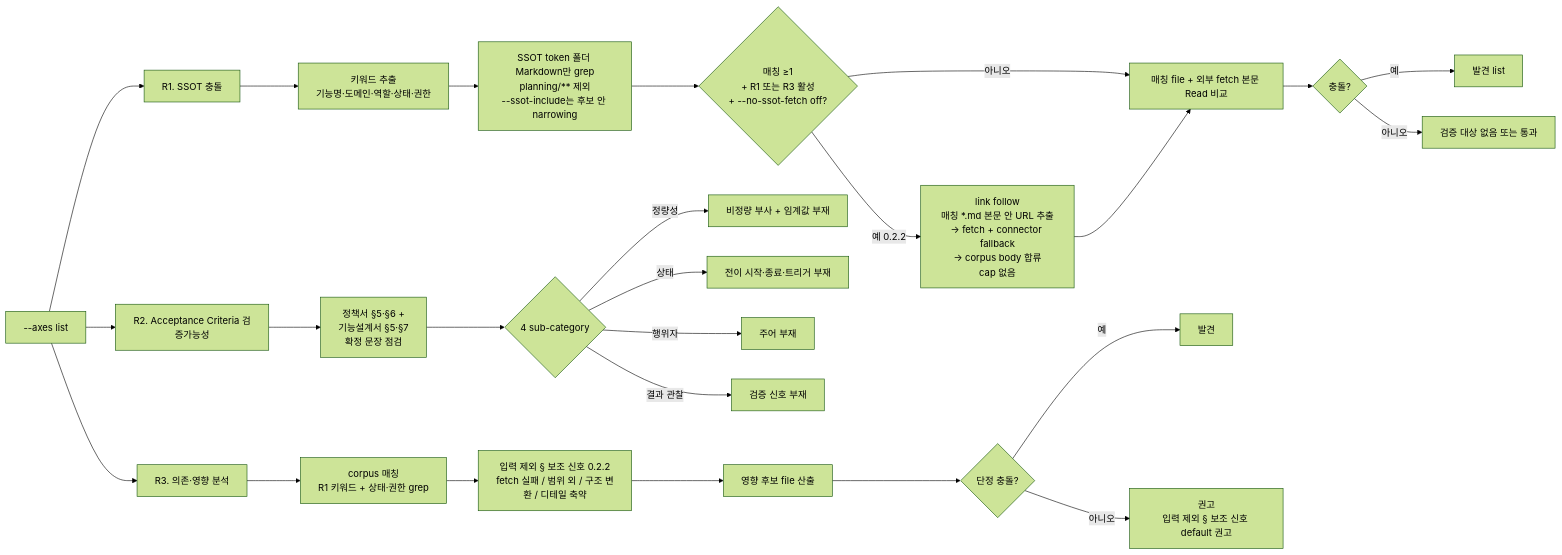
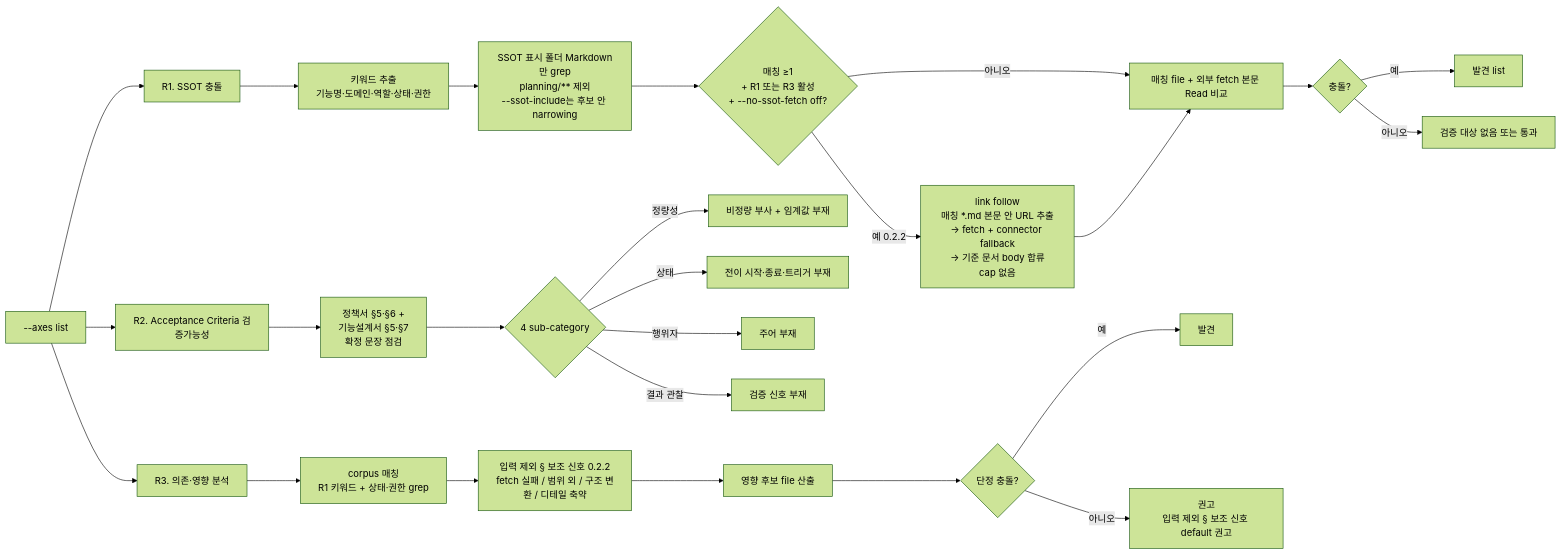
One commit to inkwonjung-colosseum/plugins changed the fourth of 8 diagrams in planning-kit/docs/planning-review-workflow.md. Above: the diagram before and after it, drawn with Mermaid (forest theme). The commit also changed other lines of this file and 19 other files, not shown here.

````diff
--- a/planning-kit/docs/planning-review-workflow.md
+++ b/planning-kit/docs/planning-review-workflow.md
@@ -117,30 +117,30 @@
 ```mermaid
 flowchart LR
   T[--axes list] --> R1[R1. SSOT 충돌]
   T --> R2[R2. Acceptance Criteria 검증가능성]
   T --> R3[R3. 의존·영향 분석]
 
   R1 --> R1A[키워드 추출<br/>기능명·도메인·역할·상태·권한]
-  R1A --> R1B["SSOT token 폴더 Markdown만 grep<br/>planning/** 제외<br/>--ssot-include는 후보 안 narrowing"]
+  R1A --> R1B["SSOT 표시 폴더 Markdown만 grep<br/>planning/** 제외<br/>--ssot-include는 후보 안 narrowing"]
   R1B --> R1L{매칭 ≥1<br/>+ R1 또는 R3 활성<br/>+ --no-ssot-fetch off?}
-  R1L -->|예 0.2.2| R1LF[link follow<br/>매칭 *.md 본문 안 URL 추출<br/>→ fetch + connector fallback<br/>→ corpus body 합류<br/>cap 없음]
+  R1L -->|예 0.2.2| R1LF[link follow<br/>매칭 *.md 본문 안 URL 추출<br/>→ fetch + connector fallback<br/>→ 기준 문서 body 합류<br/>cap 없음]
   R1L -->|아니오| R1C
   R1LF --> R1C[매칭 file + 외부 fetch 본문 Read 비교]
   R1C --> R1D{충돌?}
   R1D -->|예| R1E[발견 list]
   R1D -->|아니오| R1F[검증 대상 없음 또는 통과]
 
   R2 --> R2A[정책서 §5·§6 +<br/>기능설계서 §5·§7<br/>확정 문장 점검]
   R2A --> R2B{4 sub-category}
   R2B -->|정량성| R2X[비정량 부사 + 임계값 부재]
   R2B -->|상태| R2Y[전이 시작·종료·트리거 부재]
   R2B -->|행위자| R2Z[주어 부재]
   R2B -->|결과 관찰| R2W[검증 신호 부재]
 
   R3 --> R3A[corpus 매칭<br/>R1 키워드 + 상태·권한 grep]
   R3A --> R3X[입력 제외 § 보조 신호 0.2.2<br/>fetch 실패 / 범위 외 / 구조 변환 / 디테일 축약]
   R3X --> R3B[영향 후보 file 산출]
   R3B --> R3C{단정 충돌?}
   R3C -->|예| R3D[발견]
   R3C -->|아니오| R3E[권고<br/>입력 제외 § 보조 신호 default 권고]
 ```
````
